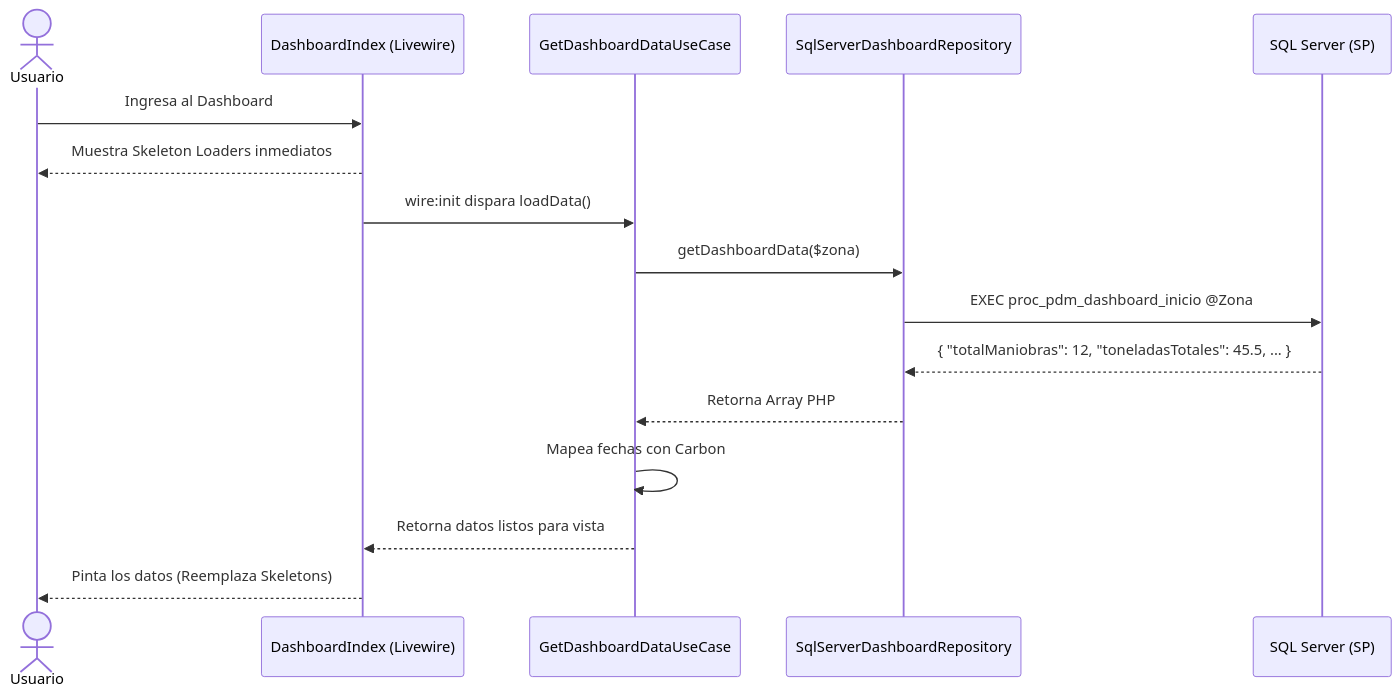
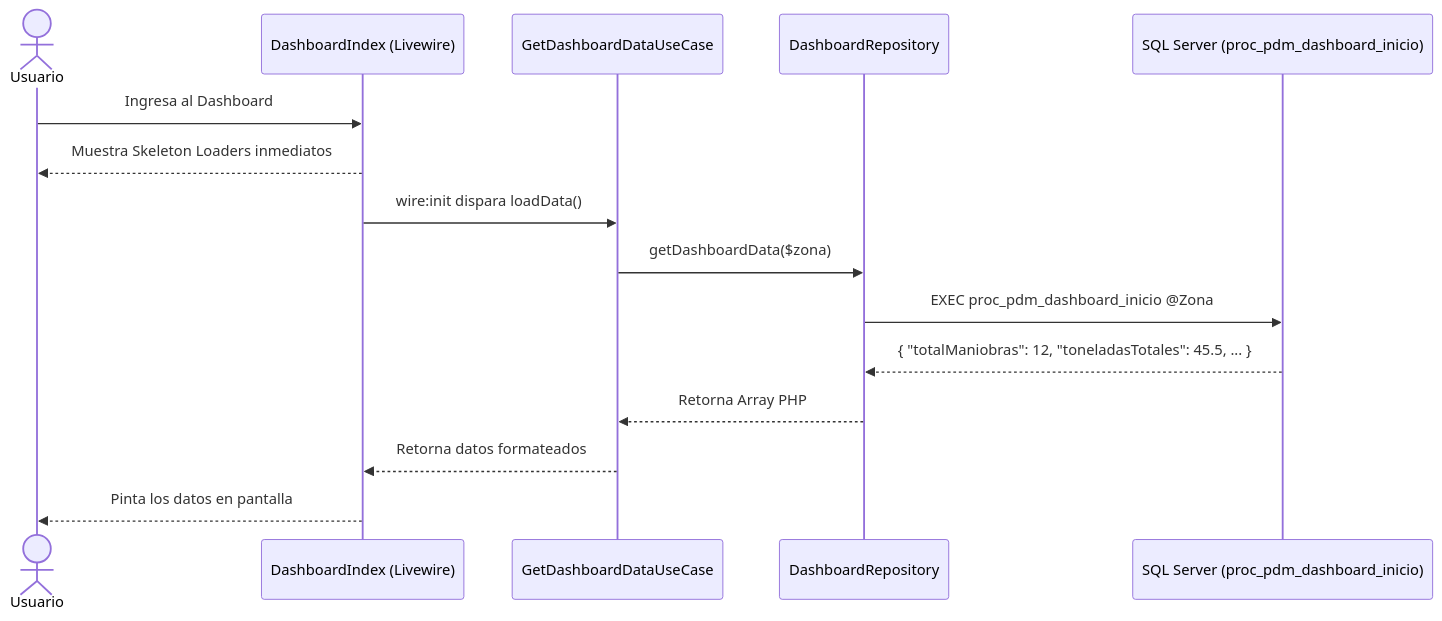
Before and after one commit to mariovaldez-dev/crew-modules-customer: the second of 2 diagrams in README.md, drawn with Mermaid. The commit also changed other lines of this file, not shown here.

Commit message:
docs: update README with current architecture and module details

````diff
--- a/README.md
+++ b/README.md
@@ -58,19 +68,18 @@
 ```mermaid
 sequenceDiagram
     actor Usuario
     participant UI as DashboardIndex (Livewire)
     participant UC as GetDashboardDataUseCase
-    participant Repo as SqlServerDashboardRepository
-    participant DB as SQL Server (SP)
+    participant Repo as DashboardRepository
+    participant DB as SQL Server (proc_pdm_dashboard_inicio)
 
     Usuario->>UI: Ingresa al Dashboard
     UI-->>Usuario: Muestra Skeleton Loaders inmediatos
     UI->>UC: wire:init dispara loadData()
     UC->>Repo: getDashboardData($zona)
     Repo->>DB: EXEC proc_pdm_dashboard_inicio @Zona
     DB-->>Repo: { "totalManiobras": 12, "toneladasTotales": 45.5, ... }
     Repo-->>UC: Retorna Array PHP
-    UC->>UC: Mapea fechas con Carbon
-    UC-->>UI: Retorna datos listos para vista
-    UI-->>Usuario: Pinta los datos (Reemplaza Skeletons)
+    UC-->>UI: Retorna datos formateados
+    UI-->>Usuario: Pinta los datos en pantalla
 ```
````
